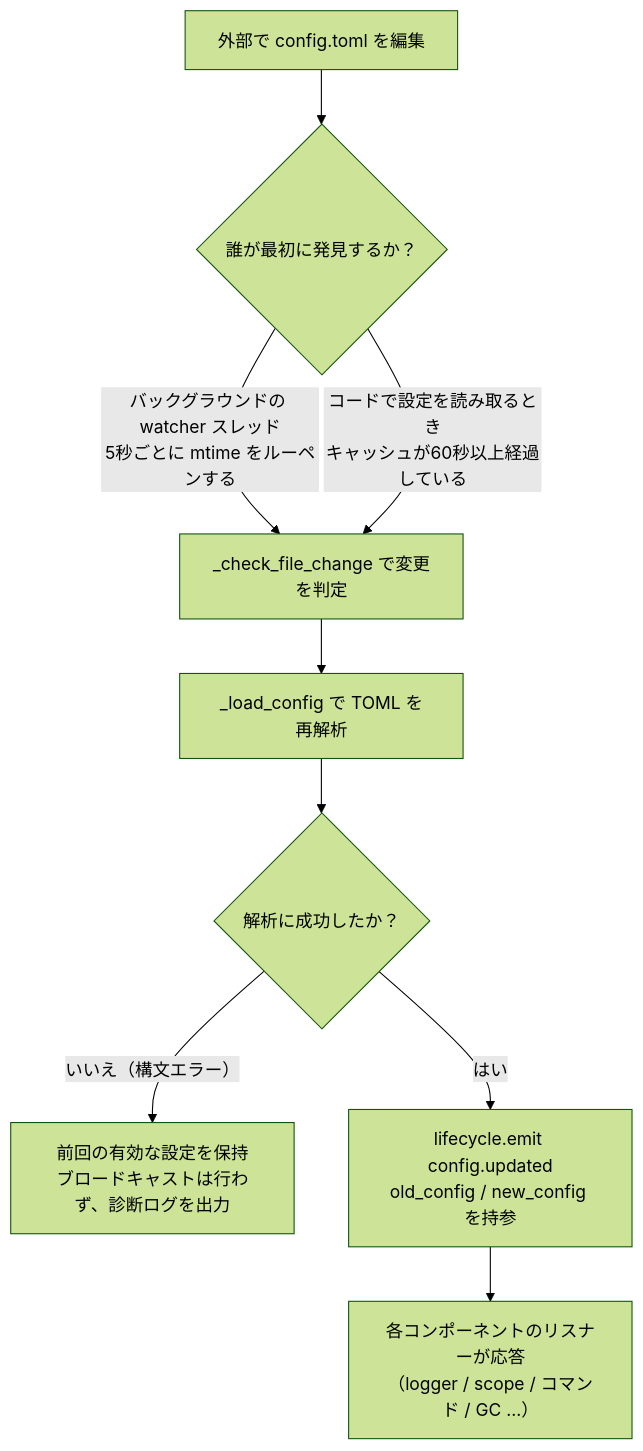
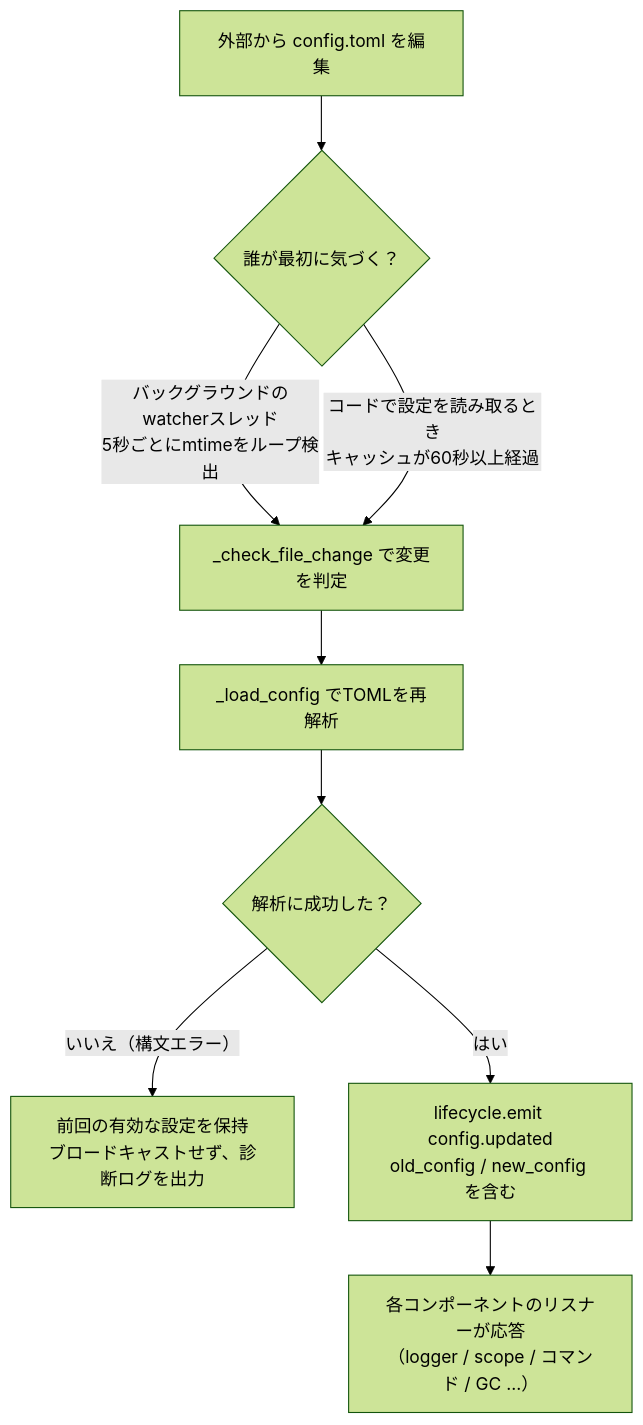
The diagram in docs/ja/user-guide/configuration.md (ErisPulse/ErisPulse), drawn with Mermaid (forest theme) before and after one commit. The commit also changed other lines of this file and 234 other files, not shown here.

````diff
--- a/docs/ja/user-guide/configuration.md
+++ b/docs/ja/user-guide/configuration.md
@@ -143,11 +143,11 @@
 ```mermaid
 flowchart TD
-    A["外部で config.toml を編集"] --> B{"誰が最初に発見するか？"}
-    B -->|"バックグラウンドの watcher スレッド<br/>5秒ごとに mtime をルーペンする"| C["_check_file_change で変更を判定"]
-    B -->|"コードで設定を読み取るとき<br/>キャッシュが60秒以上経過している"| C
-    C --> D["_load_config で TOML を再解析"]
-    D --> E{"解析に成功したか？"}
-    E -->|"いいえ（構文エラー）"| F["前回の有効な設定を保持<br/>ブロードキャストは行わず、診断ログを出力"]
-    E -->|"はい"| G["lifecycle.emit config.updated<br/>old_config / new_config を持参"]
+    A["外部から config.toml を編集"] --> B{"誰が最初に気づく？"}
+    B -->|"バックグラウンドのwatcherスレッド<br/>5秒ごとにmtimeをループ検出"| C["_check_file_change で変更を判定"]
+    B -->|"コードで設定を読み取るとき<br/>キャッシュが60秒以上経過"| C
+    C --> D["_load_config でTOMLを再解析"]
+    D --> E{"解析に成功した？"}
+    E -->|"いいえ（構文エラー）"| F["前回の有効な設定を保持<br/>ブロードキャストせず、診断ログを出力"]
+    E -->|"はい"| G["lifecycle.emit config.updated<br/>old_config / new_config を含む"]
     G --> H["各コンポーネントのリスナーが応答<br/>（logger / scope / コマンド / GC ...）"]
 ```
````
